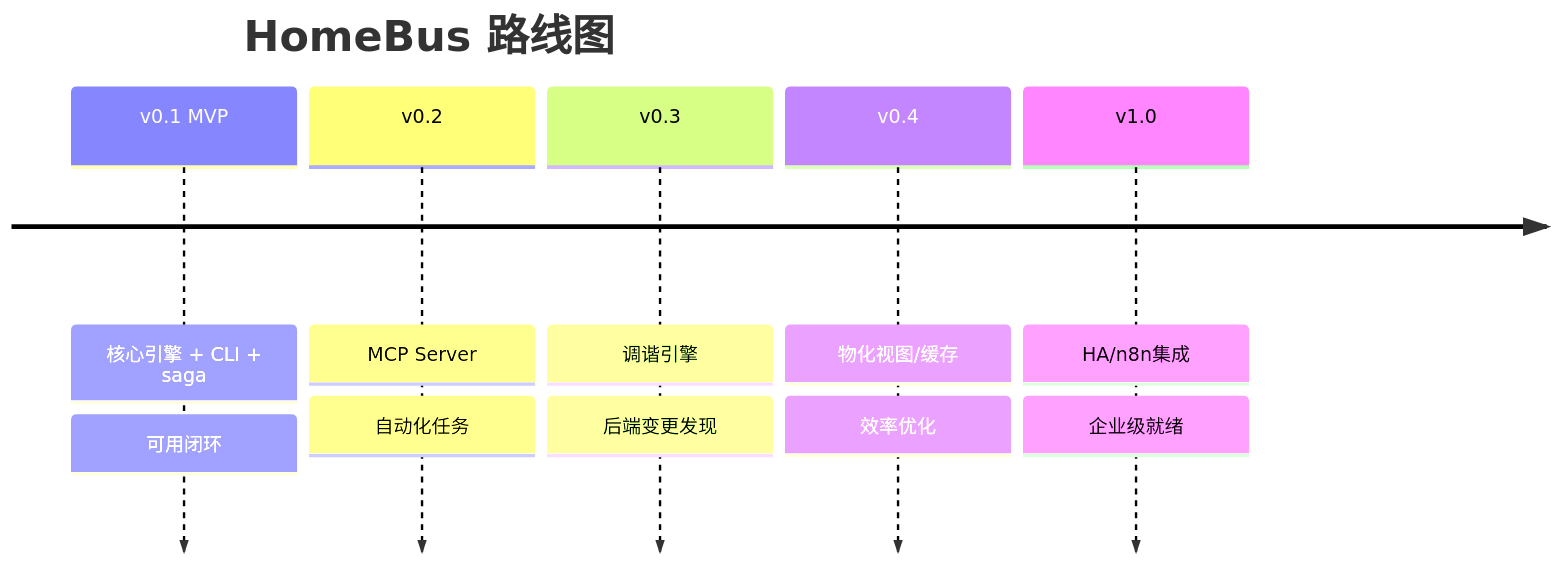
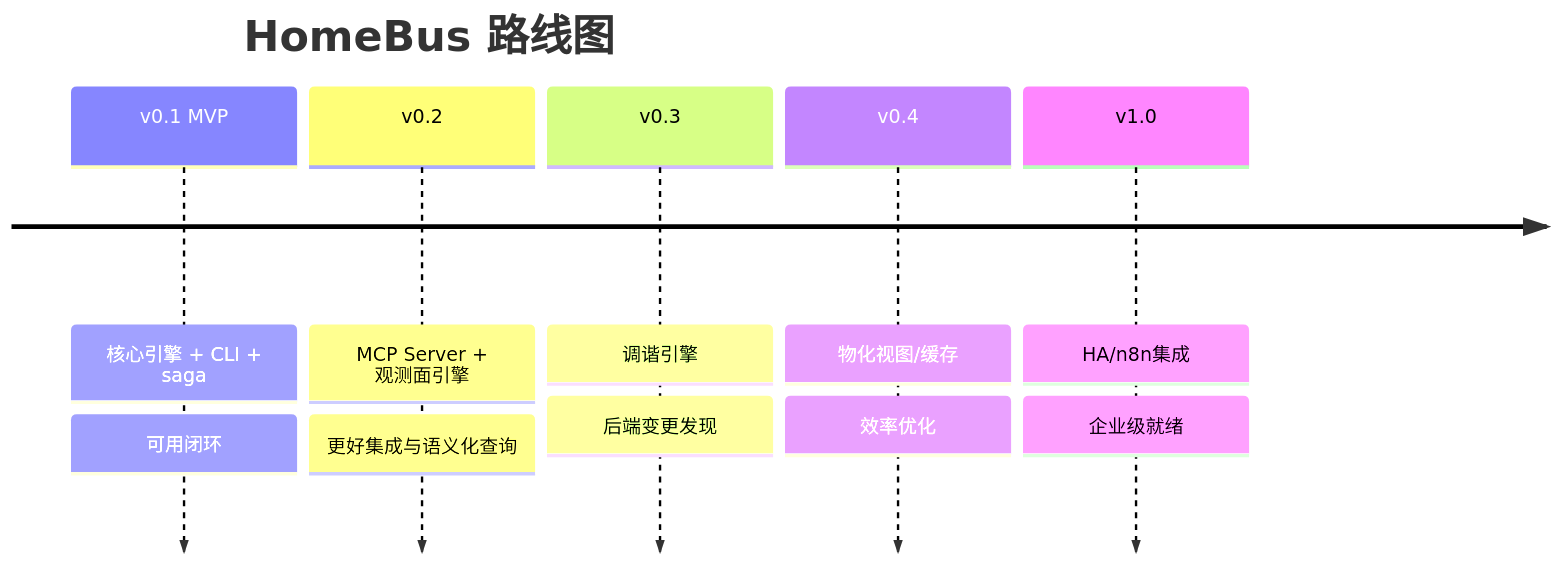
The diagram in ROADMAP.md (vicat47/vicat-home-bus), drawn with Mermaid before and after one commit. The commit also changed other lines of this file and 1 other file, not shown here.

First line of the commit message:
fix: sync roadmap and C4 after observation re-scope

````diff
--- a/ROADMAP.md
+++ b/ROADMAP.md
@@ -8,9 +8,9 @@
 ```mermaid
 timeline
     title HomeBus 路线图
     v0.1 MVP : 核心引擎 + CLI + saga : 可用闭环
-    v0.2 : MCP Server : 自动化任务
+    v0.2 : MCP Server + 观测面引擎 : 更好集成与语义化查询
     v0.3 : 调谐引擎 : 后端变更发现
     v0.4 : 物化视图/缓存 : 效率优化
     v1.0 : HA/n8n集成 : 企业级就绪
 ```
````
